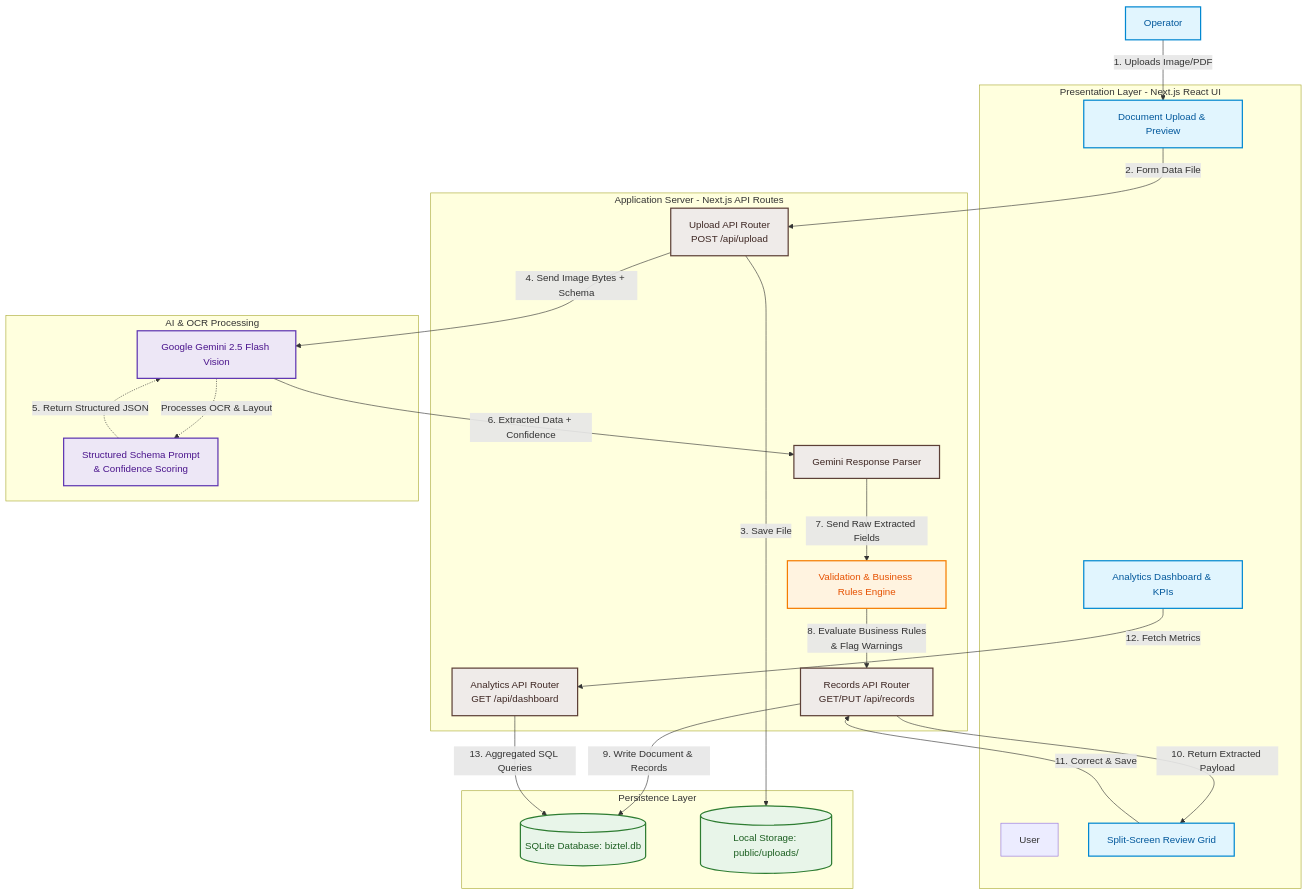
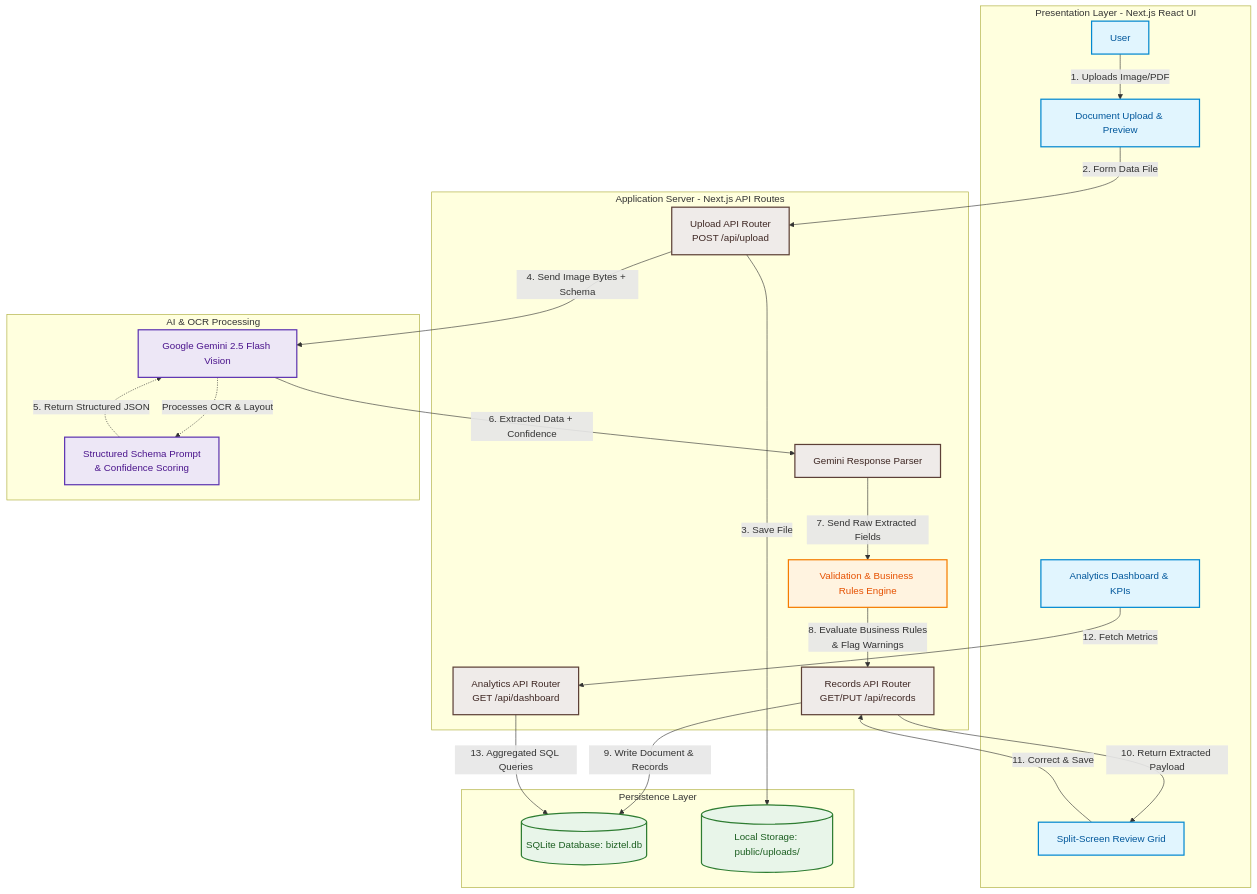
One commit to nanthitha25/biztelai changed the first of 8 diagrams in README.md. Above: the diagram before and after it, drawn with Mermaid.

Commit message:
Update README to reflect user role in uploads

````diff
--- a/README.md
+++ b/README.md
@@ -45,67 +45,67 @@
 ```mermaid
 graph TB
     %% Styling definitions
     classDef client fill:#e1f5fe,stroke:#0288d1,stroke-width:2px,color:#01579b;
     classDef server fill:#efebe9,stroke:#5d4037,stroke-width:2px,color:#3e2723;
     classDef ai fill:#ede7f6,stroke:#5e35b1,stroke-width:2px,color:#4a148c;
     classDef db fill:#e8f5e9,stroke:#2e7d32,stroke-width:2px,color:#1b5e20;
     classDef val fill:#fff3e0,stroke:#f57c00,stroke-width:2px,color:#e65100;
 
     %% Client / Presentation Layer
     subgraph Client [Presentation Layer - Next.js React UI]
         User
         UploadView[Document Upload & Preview]
         ReviewGrid[Split-Screen Review Grid]
         DashboardView[Analytics Dashboard & KPIs]
     end
 
     %% Application Server
     subgraph Backend [Application Server - Next.js API Routes]
         UploadAPI[Upload API Router<br>POST /api/upload]
         RecordsAPI[Records API Router<br>GET/PUT /api/records]
         AnalyticsAPI[Analytics API Router<br>GET /api/dashboard]
         
         Parser[Gemini Response Parser]
         ValEngine[Validation & Business Rules Engine]
     end
 
     %% AI / LLM Processing
     subgraph AI [AI & OCR Processing]
         Gemini[Google Gemini 2.5 Flash Vision]
         SysPrompt[Structured Schema Prompt<br>& Confidence Scoring]
     end
 
     %% Data Storage
     subgraph Storage [Persistence Layer]
         SQLite[(SQLite Database: biztel.db)]
         UploadsFolder[(Local Storage: public/uploads/)]
     end
 
     %% Connections & Flow
-    Operator -->|1. Uploads Image/PDF| UploadView
+    User -->|1. Uploads Image/PDF| UploadView
     UploadView -->|2. Form Data File| UploadAPI
     UploadAPI -->|3. Save File| UploadsFolder
     UploadAPI -->|4. Send Image Bytes + Schema| Gemini
     Gemini -.->|Processes OCR & Layout| SysPrompt
     SysPrompt -.->|5. Return Structured JSON| Gemini
     Gemini -->|6. Extracted Data + Confidence| Parser
     
     Parser -->|7. Send Raw Extracted Fields| ValEngine
     ValEngine -->|8. Evaluate Business Rules<br>& Flag Warnings| RecordsAPI
     
     RecordsAPI -->|9. Write Document & Records| SQLite
     RecordsAPI -->|10. Return Extracted Payload| ReviewGrid
     
     ReviewGrid -->|11. Correct & Save| RecordsAPI
     
     DashboardView -->|12. Fetch Metrics| AnalyticsAPI
     AnalyticsAPI -->|13. Aggregated SQL Queries| SQLite
 
     %% Apply Classes
-    class Operator,UploadView,ReviewGrid,DashboardView client;
+    class User,UploadView,ReviewGrid,DashboardView client;
     class UploadAPI,RecordsAPI,AnalyticsAPI,Parser server;
     class Gemini,SysPrompt ai;
     class SQLite,UploadsFolder db;
     class ValEngine val;
 
 ```
````
